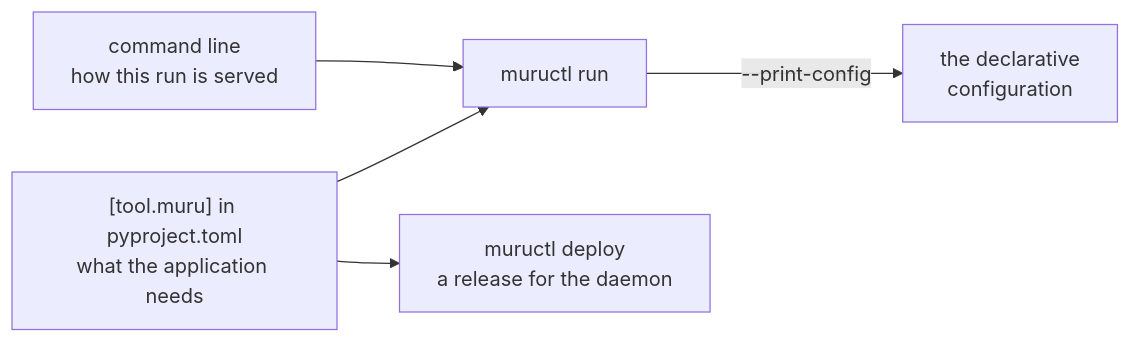
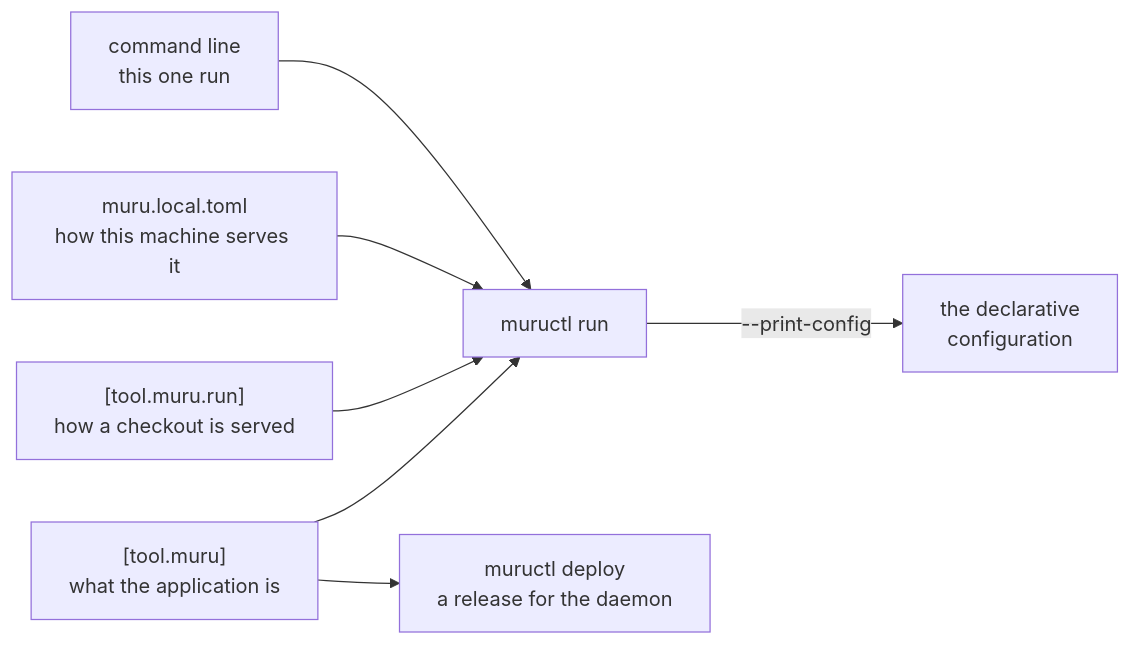
One commit to GrahamDumpleton/muru-workshops changed the diagram in workshops/settings-in-the-project/files/docs/where-settings-live.md. Above: the diagram before and after it, drawn with Mermaid. The commit also changed other lines of this file and 88 other files, not shown here.

First line of the commit message:
Both collections on Muru 0.1.0a12, with reload as the development default and the run table

````diff
--- a/workshops/settings-in-the-project/files/docs/where-settings-live.md
+++ b/workshops/settings-in-the-project/files/docs/where-settings-live.md
@@ -47,7 +48,9 @@
 ```mermaid
 flowchart LR
-    T["[tool.muru] in pyproject.toml<br/>what the application needs"] --> R[muructl run]
-    F["command line<br/>how this run is served"] --> R
+    T["[tool.muru]<br/>what the application is"] --> R[muructl run]
+    S["[tool.muru.run]<br/>how a checkout is served"] --> R
+    L["muru.local.toml<br/>how this machine serves it"] --> R
+    F["command line<br/>this one run"] --> R
     T --> D[muructl deploy<br/>a release for the daemon]
     R -->|--print-config| C[the declarative<br/>configuration]
 ```
````
